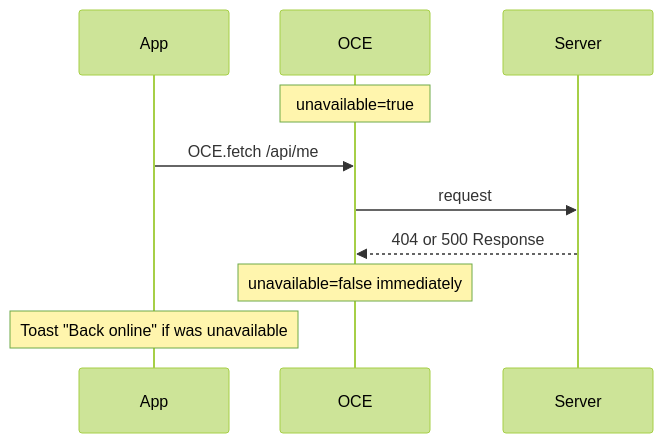
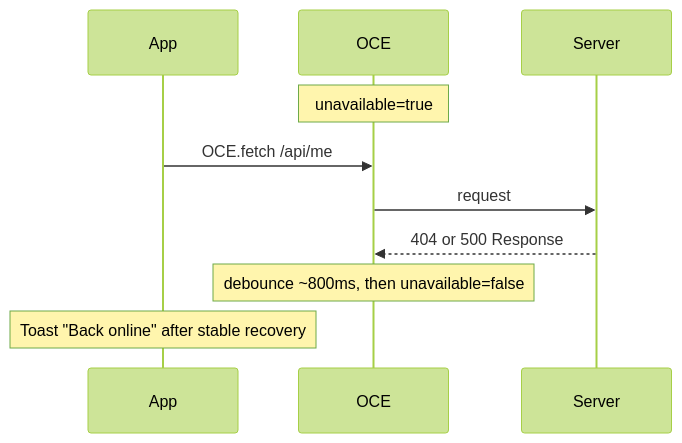
One commit to Underwood-Inc/idling.app__UI changed the sixth of 7 diagrams in src/guides/offline-connectivity-engine/network-flow.md. Above: the diagram before and after it, drawn with Mermaid (forest theme). The commit also changed other lines of this file and 10 other files, not shown here.

````diff
--- a/src/guides/offline-connectivity-engine/network-flow.md
+++ b/src/guides/offline-connectivity-engine/network-flow.md
@@ -156,12 +156,12 @@
 ```mermaid
 sequenceDiagram
   participant App
   participant OCE
   participant Server
   Note over OCE: unavailable=true
   App->>OCE: OCE.fetch /api/me
   OCE->>Server: request
   Server-->>OCE: 404 or 500 Response
-  Note over OCE: unavailable=false immediately
-  Note over App: Toast "Back online" if was unavailable
+  Note over OCE: debounce ~800ms, then unavailable=false
+  Note over App: Toast "Back online" after stable recovery
 ```
````
